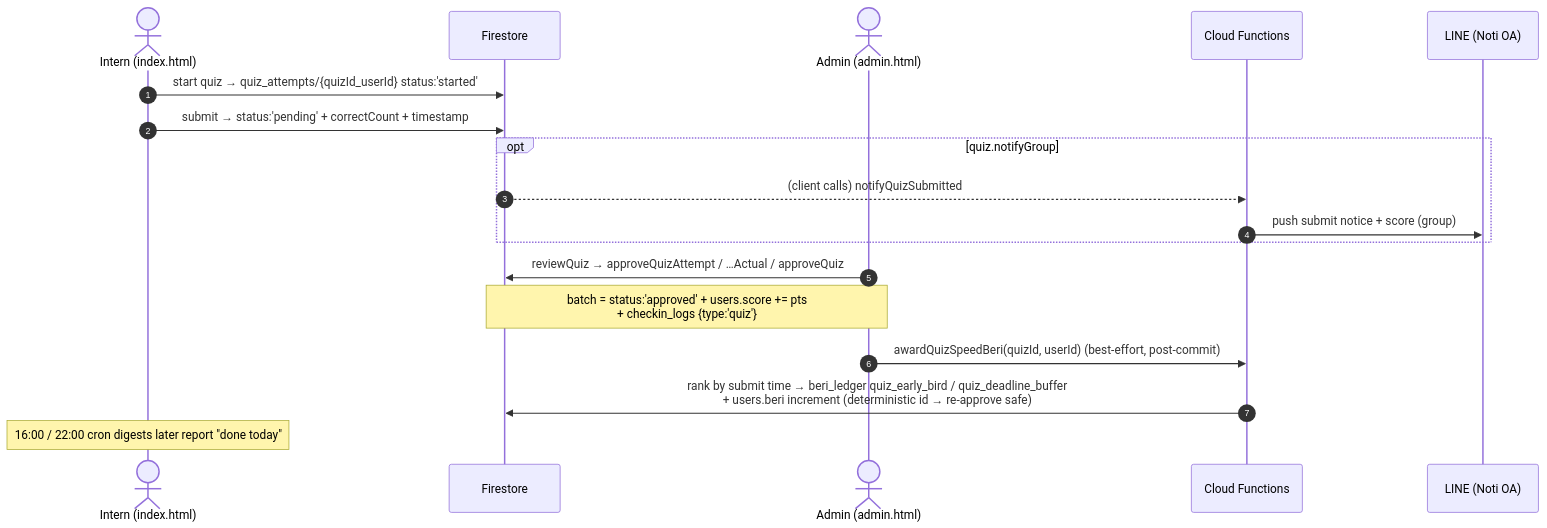
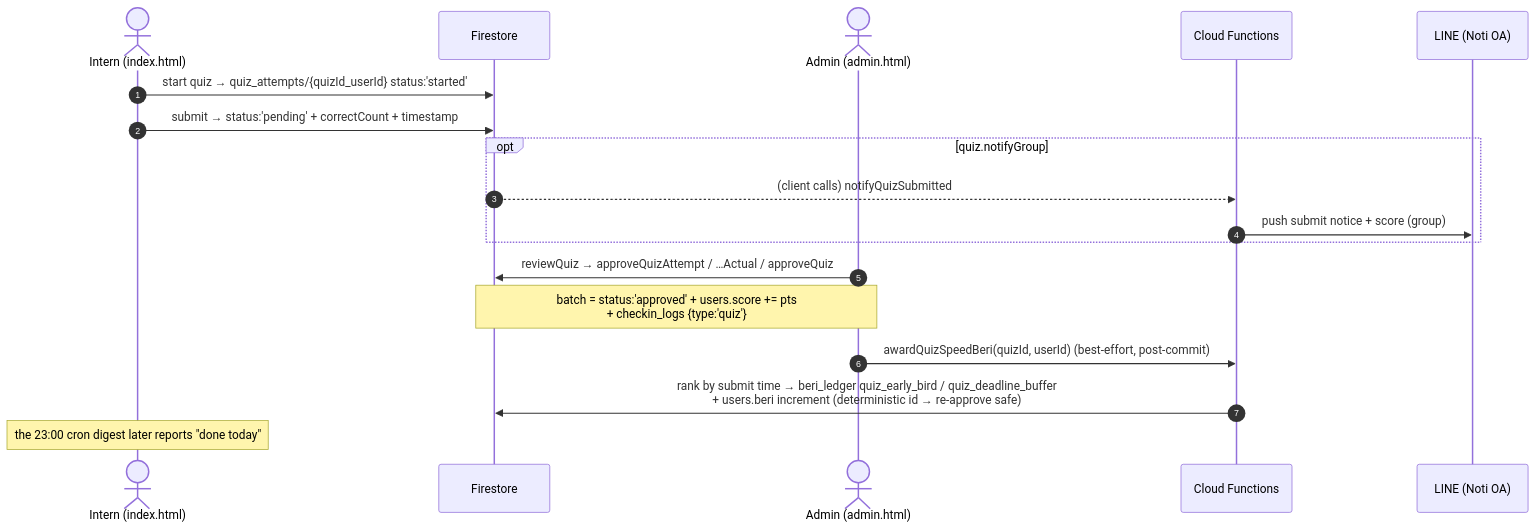
Before and after one commit to mlpditto/INTERN-PORT: the third of 6 diagrams in docs/ARCHITECTURE.md, drawn with Mermaid. The commit also changed other lines of this file and 11 other files, not shown here.

````diff
--- a/docs/ARCHITECTURE.md
+++ b/docs/ARCHITECTURE.md
@@ -163,21 +163,21 @@
 ```mermaid
 sequenceDiagram
     autonumber
     actor I as Intern (index.html)
     participant FS as Firestore
     actor A as Admin (admin.html)
     participant FN as Cloud Functions
     participant L as LINE (Noti OA)
 
     I->>FS: start quiz → quiz_attempts/{quizId_userId} status:'started'
     I->>FS: submit → status:'pending' + correctCount + timestamp
     opt quiz.notifyGroup
         FS-->>FN: (client calls) notifyQuizSubmitted
         FN->>L: push submit notice + score (group)
     end
     A->>FS: reviewQuiz → approveQuizAttempt / …Actual / approveQuiz
     Note over A,FS: batch = status:'approved' + users.score += pts<br/>+ checkin_logs {type:'quiz'}
     A->>FN: awardQuizSpeedBeri(quizId, userId)  (best-effort, post-commit)
     FN->>FS: rank by submit time → beri_ledger quiz_early_bird / quiz_deadline_buffer<br/>+ users.beri increment  (deterministic id → re-approve safe)
-    Note over I: 16:00 / 22:00 cron digests later report "done today"
+    Note over I: the 23:00 cron digest later reports "done today"
 ```
````
